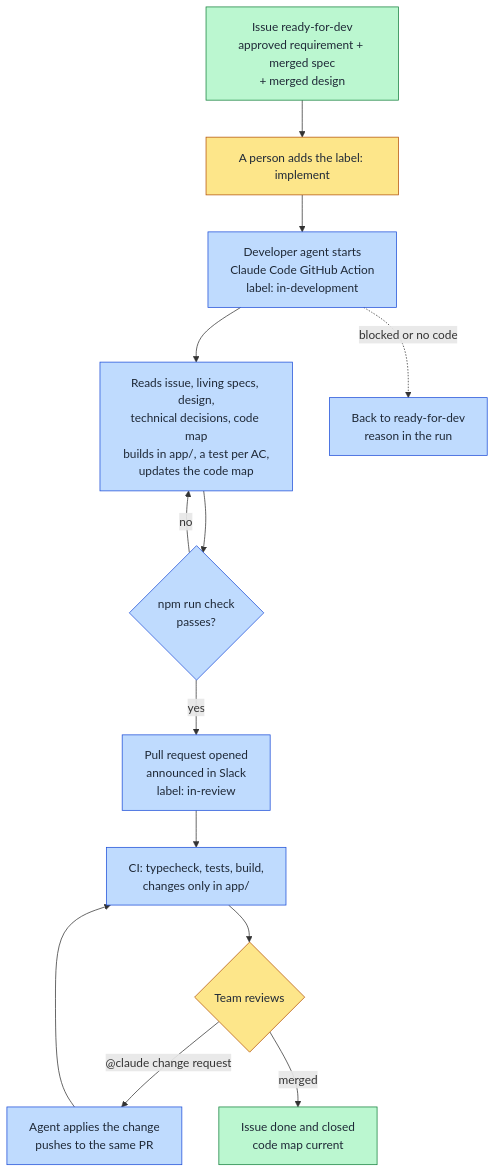
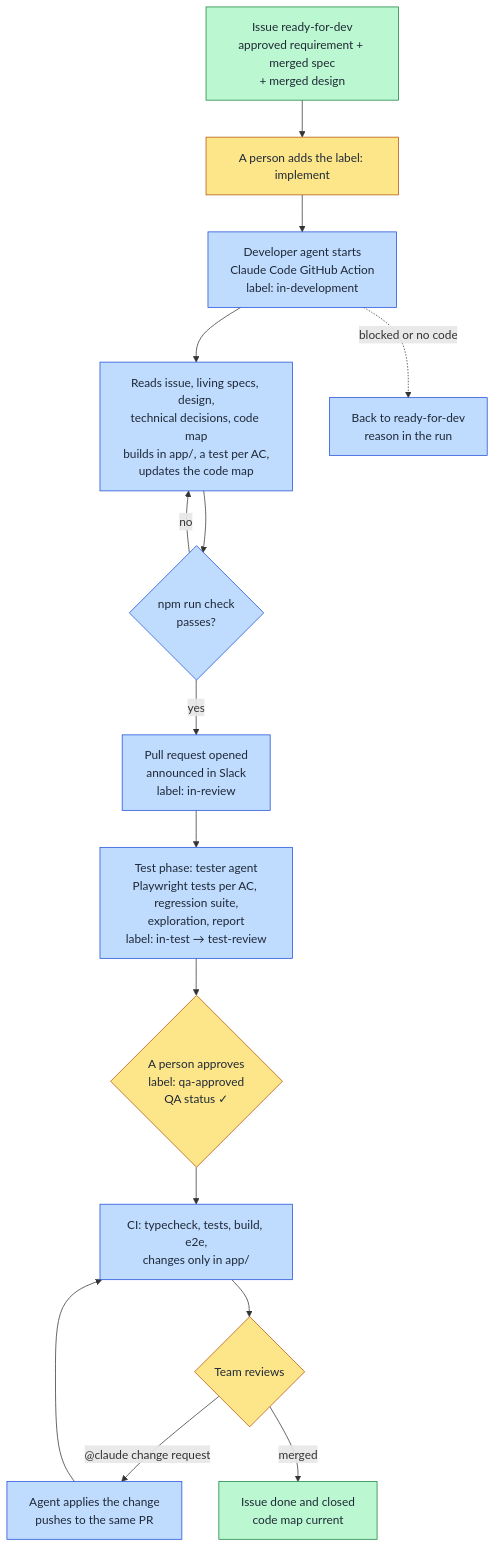
One commit to iebouihi/aisdlc-gh-claude-slack changed the third of 4 diagrams in docs/aisdlc.md. Above: the diagram before and after it, drawn with Mermaid. The commit also changed other lines of this file and 25 other files, not shown here.

````diff
--- a/docs/aisdlc.md
+++ b/docs/aisdlc.md
@@ -203,22 +206,24 @@
 ```mermaid
 flowchart TD
     R["Issue ready-for-dev<br/>approved requirement + merged spec<br/>+ merged design"] --> T["A person adds the label: implement"]
     T --> S["Developer agent starts<br/>Claude Code GitHub Action<br/>label: in-development"]
     S --> B["Reads issue, living specs, design,<br/>technical decisions, code map<br/>builds in app/, a test per AC,<br/>updates the code map"]
     B --> C{"npm run check<br/>passes?"}
     C -- "no" --> B
     C -- "yes" --> P["Pull request opened<br/>announced in Slack<br/>label: in-review"]
-    P --> G["CI: typecheck, tests, build,<br/>changes only in app/"]
+    P --> Q["Test phase: tester agent<br/>Playwright tests per AC, regression suite,<br/>exploration, report<br/>label: in-test → test-review"]
+    Q --> A{"A person approves<br/>label: qa-approved<br/>QA status ✓"}
+    A --> G["CI: typecheck, tests, build, e2e,<br/>changes only in app/"]
     G --> V{"Team reviews"}
     V -- "@claude change request" --> F["Agent applies the change<br/>pushes to the same PR"]
     F --> G
     V -- "merged" --> D["Issue done and closed<br/>code map current"]
     S -. "blocked or no code" .-> X["Back to ready-for-dev<br/>reason in the run"]
 
     classDef human fill:#fde68a,stroke:#b45309,color:#1f2937
     classDef agent fill:#bfdbfe,stroke:#1d4ed8,color:#1f2937
     classDef truth fill:#bbf7d0,stroke:#15803d,color:#1f2937
-    class T,V human
-    class S,B,C,P,F,X,G agent
+    class T,V,A human
+    class S,B,C,P,F,X,G,Q agent
     class R,D truth
 ```
````
